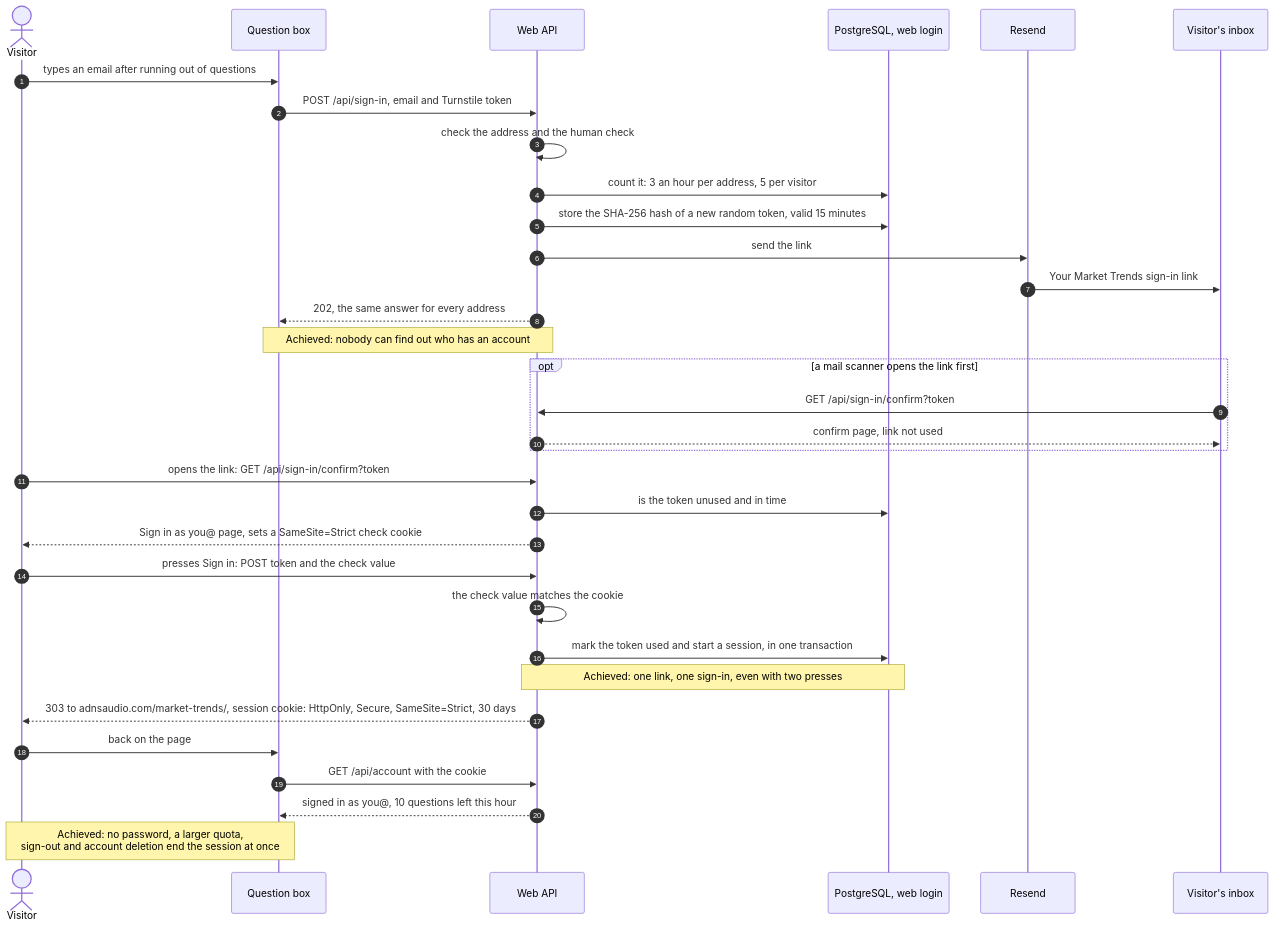
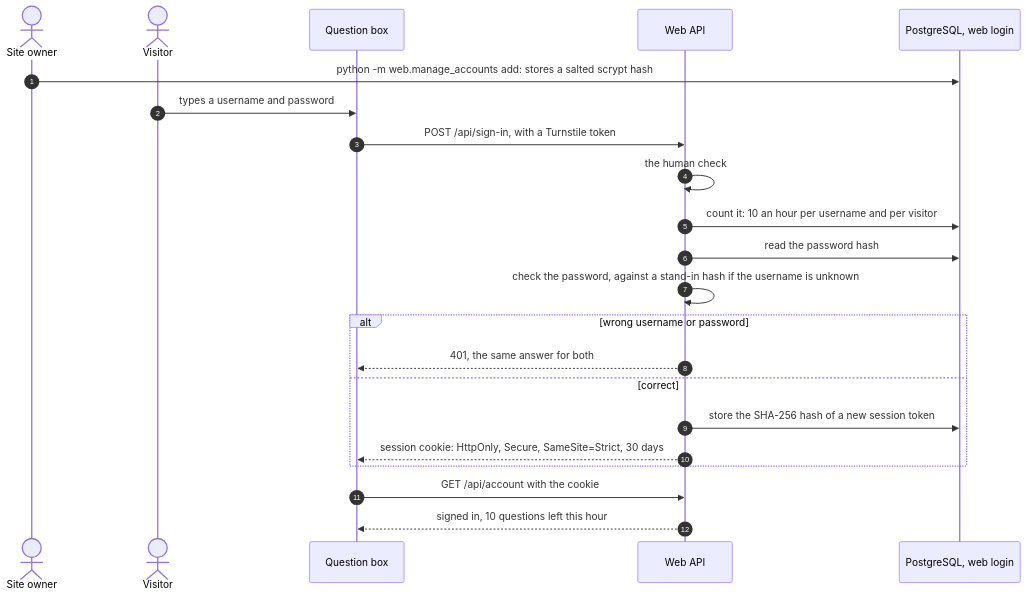
Before and after one commit to AntonisKol/music-catalogue-market-trends-wip: the fifth of 5 diagrams in docs/architecture.md, drawn with Mermaid. The commit also changed other lines of this file and 22 other files, not shown here.

First line of the commit message:
Replace email with username and password sign-in, and fix the server setup

````diff
--- a/docs/architecture.md
+++ b/docs/architecture.md
@@ -358,36 +356,25 @@
 ```mermaid
 sequenceDiagram
     autonumber
+    actor O as Site owner
     actor V as Visitor
     participant UI as Question box
     participant API as Web API
     participant Pg as PostgreSQL, web login
-    participant RS as Resend
-    participant M as Visitor's inbox
 
-    V->>UI: types an email after running out of questions
-    UI->>API: POST /api/sign-in, email and Turnstile token
-    API->>API: check the address and the human check
-    API->>Pg: count it: 3 an hour per address, 5 per visitor
-    API->>Pg: store the SHA-256 hash of a new random token, valid 15 minutes
-    API->>RS: send the link
-    RS->>M: Your Market Trends sign-in link
-    API-->>UI: 202, the same answer for every address
-    Note over UI,API: Achieved: nobody can find out who has an account
-    opt a mail scanner opens the link first
-        M->>API: GET /api/sign-in/confirm?token
-        API-->>M: confirm page, link not used
+    O->>Pg: python -m web.manage_accounts add: stores a salted scrypt hash
+    V->>UI: types a username and password
+    UI->>API: POST /api/sign-in, with a Turnstile token
+    API->>API: the human check
+    API->>Pg: count it: 10 an hour per username and per visitor
+    API->>Pg: read the password hash
+    API->>API: check the password, against a stand-in hash if the username is unknown
+    alt wrong username or password
+        API-->>UI: 401, the same answer for both
+    else correct
+        API->>Pg: store the SHA-256 hash of a new session token
+        API-->>UI: session cookie: HttpOnly, Secure, SameSite=Strict, 30 days
     end
-    V->>API: opens the link: GET /api/sign-in/confirm?token
-    API->>Pg: is the token unused and in time
-    API-->>V: Sign in as you@ page, sets a SameSite=Strict check cookie
-    V->>API: presses Sign in: POST token and the check value
-    API->>API: the check value matches the cookie
-    API->>Pg: mark the token used and start a session, in one transaction
-    Note over API,Pg: Achieved: one link, one sign-in, even with two presses
-    API-->>V: 303 to adnsaudio.com/market-trends/, session cookie: HttpOnly, Secure, SameSite=Strict, 30 days
-    V->>UI: back on the page
     UI->>API: GET /api/account with the cookie
-    API-->>UI: signed in as you@, 10 questions left this hour
-    Note over V,UI: Achieved: no password, a larger quota,<br/>sign-out and account deletion end the session at once
+    API-->>UI: signed in, 10 questions left this hour
 ```
````
